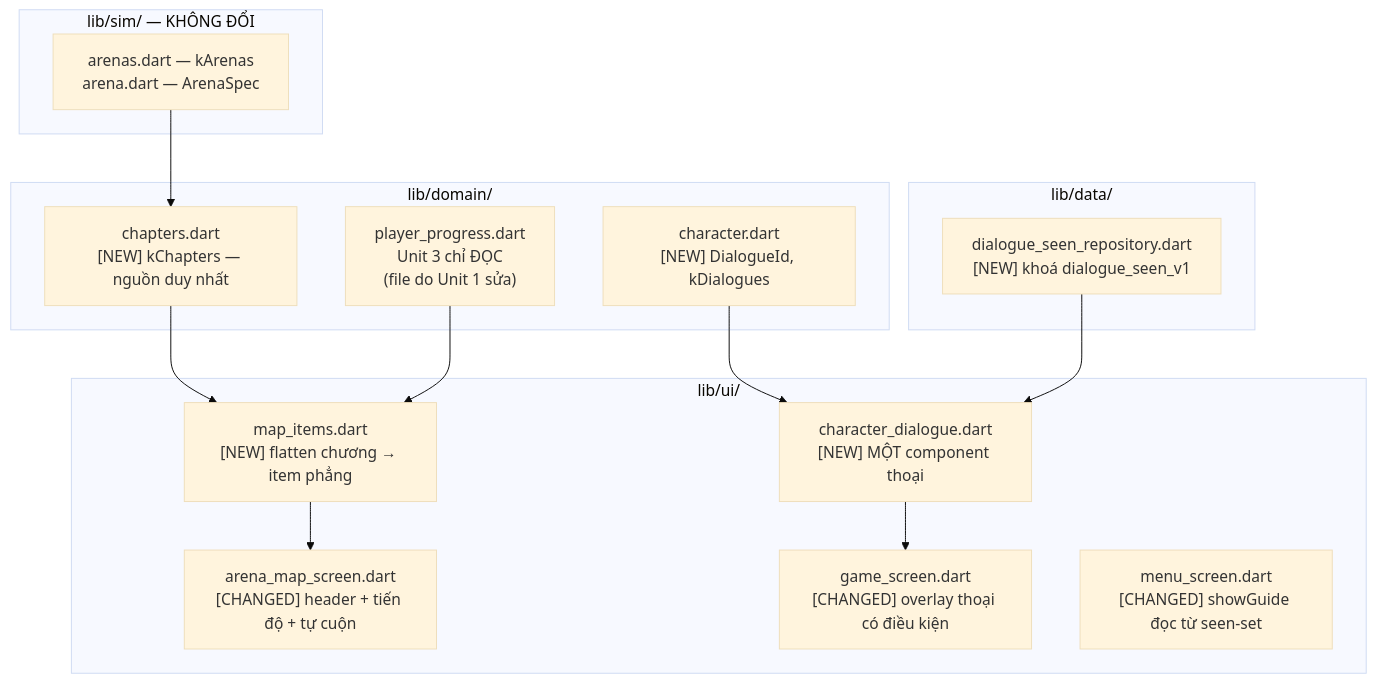
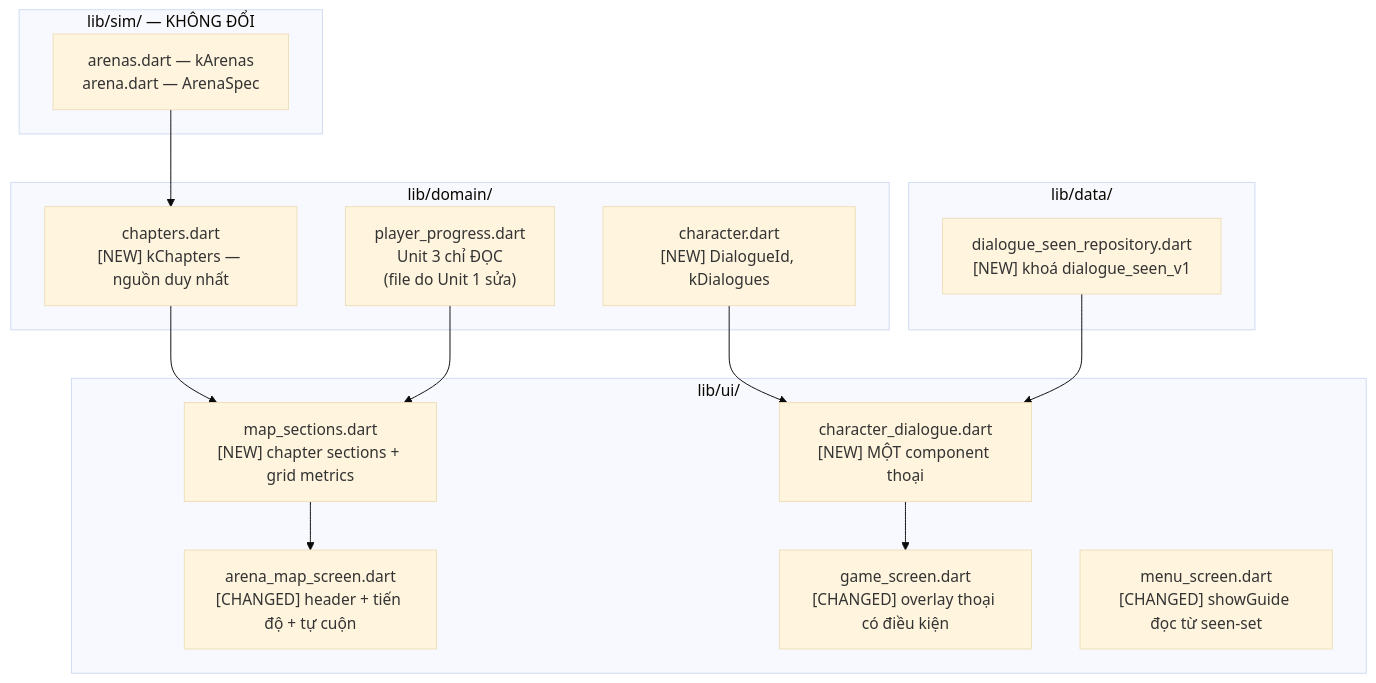
The diagram in aidlc-docs/specs/giong-va-cau-truc-ngoai-san-dau/design.md (recca0201/cu-doi), drawn with Mermaid (base theme) before and after one commit. The commit also changed other lines of this file and 13 other files, not shown here.

````diff
--- a/aidlc-docs/specs/giong-va-cau-truc-ngoai-san-dau/design.md
+++ b/aidlc-docs/specs/giong-va-cau-truc-ngoai-san-dau/design.md
@@ -37,32 +37,32 @@
 ```mermaid
 graph TD
   subgraph SIM["lib/sim/ — KHÔNG ĐỔI"]
     AR["arenas.dart — kArenas<br/>arena.dart — ArenaSpec"]
   end
 
   subgraph DOMAIN["lib/domain/"]
     CH["chapters.dart<br/>[NEW] kChapters — nguồn duy nhất"]
     CHAR["character.dart<br/>[NEW] DialogueId, kDialogues"]
     PP["player_progress.dart<br/>Unit 3 chỉ ĐỌC<br/>(file do Unit 1 sửa)"]
   end
 
   subgraph DATA["lib/data/"]
     DR["dialogue_seen_repository.dart<br/>[NEW] khoá dialogue_seen_v1"]
   end
 
   subgraph UI["lib/ui/"]
-    MI["map_items.dart<br/>[NEW] flatten chương → item phẳng"]
+    MI["map_sections.dart<br/>[NEW] chapter sections + grid metrics"]
     AMS["arena_map_screen.dart<br/>[CHANGED] header + tiến độ + tự cuộn"]
     DB["character_dialogue.dart<br/>[NEW] MỘT component thoại"]
     GS["game_screen.dart<br/>[CHANGED] overlay thoại có điều kiện"]
     MS["menu_screen.dart<br/>[CHANGED] showGuide đọc từ seen-set"]
   end
 
   AR --> CH
   CH --> MI
   PP --> MI
   MI --> AMS
   CHAR --> DB
   DR --> DB
   DB --> GS
 ```
````
